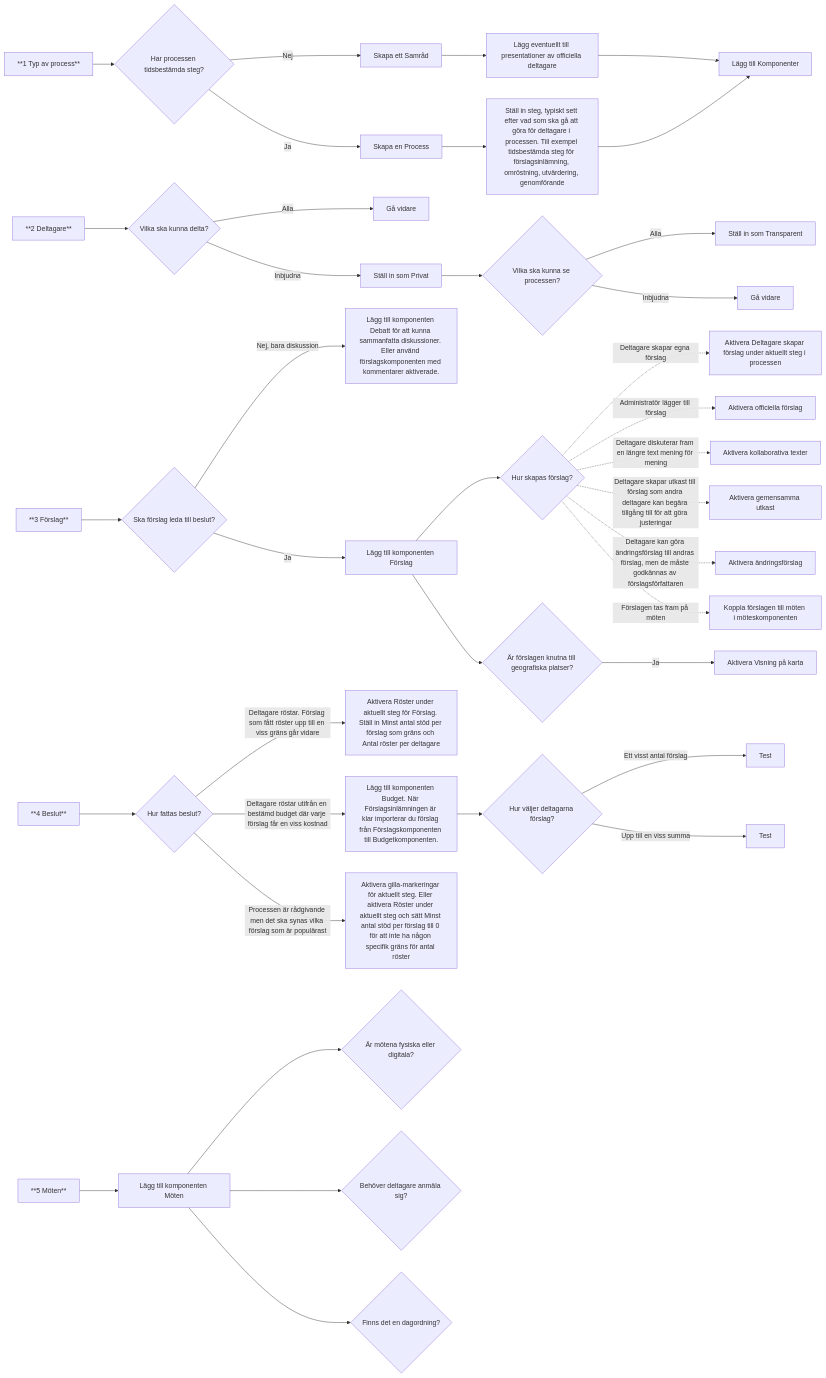
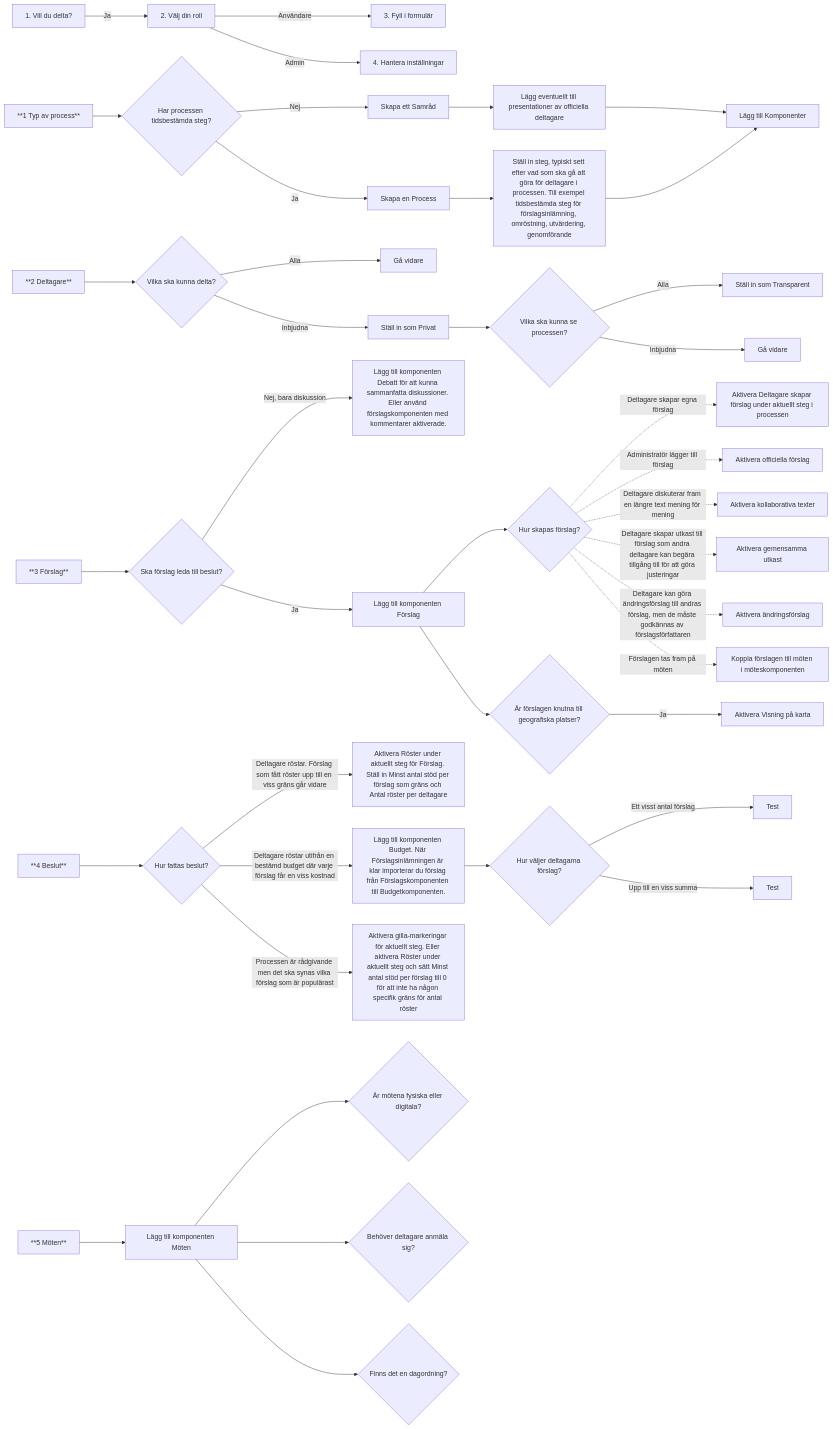
One commit to digidemlab/decidim-planner changed the diagram in form-definition.mmd. Above: the diagram before and after it, drawn with Mermaid.

Commit message:
Decidim form

```diff
--- a/form-definition.mmd
+++ b/form-definition.mmd
@@ -1,41 +1,45 @@
 graph LR
+    Q1[1. Vill du delta?]
+    Q1 -->|Ja| Q2[2. Välj din roll]
+    Q2 -->|Användare| Q3[3. Fyll i formulär]
+    Q2 -->|Admin| Q4[4. Hantera inställningar]
 
-	A[**1 Typ av process**] --> B{Har processen tidsbestämda steg?}
-  B -->|Ja| C[Skapa en Process]
-  C --> K[Ställ in steg, typiskt sett efter vad som ska gå att göra för deltagare i processen. Till exempel tidsbestämda steg för förslagsinlämning, omröstning, utvärdering, genomförande]
-  B -->|Nej| D[Skapa ett Samråd]
-  D --> GA[Lägg eventuellt till presentationer av officiella deltagare]
-  GA --> L[Lägg till Komponenter]
-  K --> L[Lägg till Komponenter]
+  	A[**1 Typ av process**] --> B{Har processen tidsbestämda steg?}
+    B -->|Ja| C[Skapa en Process]
+    C --> K[Ställ in steg, typiskt sett efter vad som ska gå att göra för deltagare i processen. Till exempel tidsbestämda steg för förslagsinlämning, omröstning, utvärdering, genomförande]
+    B -->|Nej| D[Skapa ett Samråd]
+    D --> GA[Lägg eventuellt till presentationer av officiella deltagare]
+    GA --> L[Lägg till Komponenter]
+    K --> L[Lägg till Komponenter]
 
-  M[**2 Deltagare**] --> E{Vilka ska kunna delta?}
-  E -->|Alla| G[Gå vidare]
-  E -->|Inbjudna| H[Ställ in som Privat] --> F{Vilka ska kunna se processen?}
-  F -->|Alla| I[Ställ in som Transparent]
-  F -->|Inbjudna| J[Gå vidare]
+    M[**2 Deltagare**] --> E{Vilka ska kunna delta?}
+    E -->|Alla| G[Gå vidare]
+    E -->|Inbjudna| H[Ställ in som Privat] --> F{Vilka ska kunna se processen?}
+    F -->|Alla| I[Ställ in som Transparent]
+    F -->|Inbjudna| J[Gå vidare]
 
-  N[**3 Förslag**]
-  N --> O{Ska förslag leda till beslut?}
-  O -->|Nej, bara diskussion| P[Lägg till komponenten Debatt för att kunna sammanfatta diskussioner. Eller använd förslagskomponenten med kommentarer aktiverade.]
-  O -->|Ja| Q[Lägg till komponenten Förslag] --> R{Hur skapas förslag?}
-  Q --> QA{Är förslagen knutna till geografiska platser?}
-	QA -->|Ja| QB[Aktivera Visning på karta]
-  R -.->|Deltagare skapar egna förslag| S[Aktivera Deltagare skapar förslag under aktuellt steg i processen]
-  R -.->|Administratör lägger till förslag| T[Aktivera officiella förslag]
-  R -.->|Deltagare diskuterar fram en längre text mening för mening | U[Aktivera kollaborativa texter]
-  R -.->|Deltagare skapar utkast till förslag som andra deltagare kan begära tillgång till för att göra justeringar | V[Aktivera gemensamma utkast]
-	R -.->|Deltagare kan göra ändringsförslag till andras förslag, men de måste godkännas av förslagsförfattaren | W[Aktivera ändringsförslag]
-  R -.->|Förslagen tas fram på möten | WA[Koppla förslagen till möten i möteskomponenten]
+    N[**3 Förslag**]
+    N --> O{Ska förslag leda till beslut?}
+    O -->|Nej, bara diskussion| P[Lägg till komponenten Debatt för att kunna sammanfatta diskussioner. Eller använd förslagskomponenten med kommentarer aktiverade.]
+    O -->|Ja| Q[Lägg till komponenten Förslag] --> R{Hur skapas förslag?}
+    Q --> QA{Är förslagen knutna till geografiska platser?}
+  	QA -->|Ja| QB[Aktivera Visning på karta]
+    R -.->|Deltagare skapar egna förslag| S[Aktivera Deltagare skapar förslag under aktuellt steg i processen]
+    R -.->|Administratör lägger till förslag| T[Aktivera officiella förslag]
+    R -.->|Deltagare diskuterar fram en längre text mening för mening | U[Aktivera kollaborativa texter]
+    R -.->|Deltagare skapar utkast till förslag som andra deltagare kan begära tillgång till för att göra justeringar | V[Aktivera gemensamma utkast]
+  	R -.->|Deltagare kan göra ändringsförslag till andras förslag, men de måste godkännas av förslagsförfattaren | W[Aktivera ändringsförslag]
+    R -.->|Förslagen tas fram på möten | WA[Koppla förslagen till möten i möteskomponenten]
 
-  X[**4 Beslut** ] --> Y{Hur fattas beslut?}
-  Y --> |Deltagare röstar. Förslag som fått röster upp till en viss gräns går vidare| Z[Aktivera Röster under aktuellt steg för Förslag. Ställ in Minst antal stöd per förslag som gräns och Antal röster per deltagare]
-  Y --> |Deltagare röstar utifrån en bestämd budget där varje förslag får en viss kostnad| BB[Lägg till komponenten Budget. När Förslagsinlämningen är klar importerar du förslag från Förslagskomponenten till Budgetkomponenten.]
-  BB --> BC{Hur väljer deltagarna förslag?}
-  BC --> |Ett visst antal förslag| BD[Test]
-  BC --> |Upp till en viss summa| BE[Test]
-  Y --> |Processen är rådgivande men det ska synas vilka förslag som är populärast| CB[Aktivera gilla-markeringar för aktuellt steg. Eller aktivera Röster under aktuellt steg och sätt Minst antal stöd per förslag till 0 för att inte ha någon specifik gräns för antal röster]
+    X[**4 Beslut** ] --> Y{Hur fattas beslut?}
+    Y --> |Deltagare röstar. Förslag som fått röster upp till en viss gräns går vidare| Z[Aktivera Röster under aktuellt steg för Förslag. Ställ in Minst antal stöd per förslag som gräns och Antal röster per deltagare]
+    Y --> |Deltagare röstar utifrån en bestämd budget där varje förslag får en viss kostnad| BB[Lägg till komponenten Budget. När Förslagsinlämningen är klar importerar du förslag från Förslagskomponenten till Budgetkomponenten.]
+    BB --> BC{Hur väljer deltagarna förslag?}
+    BC --> |Ett visst antal förslag| BD[Test]
+    BC --> |Upp till en viss summa| BE[Test]
+    Y --> |Processen är rådgivande men det ska synas vilka förslag som är populärast| CB[Aktivera gilla-markeringar för aktuellt steg. Eller aktivera Röster under aktuellt steg och sätt Minst antal stöd per förslag till 0 för att inte ha någon specifik gräns för antal röster]
 
-  DB[**5 Möten**] --> HB[Lägg till komponenten Möten]
-  HB --> EB{Är mötena fysiska eller digitala?}
-  HB --> FB{Behöver deltagare anmäla sig?}
-  HB --> GB{Finns det en dagordning?}
+    DB[**5 Möten**] --> HB[Lägg till komponenten Möten]
+    HB --> EB{Är mötena fysiska eller digitala?}
+    HB --> FB{Behöver deltagare anmäla sig?}
+    HB --> GB{Finns det en dagordning?}
```
